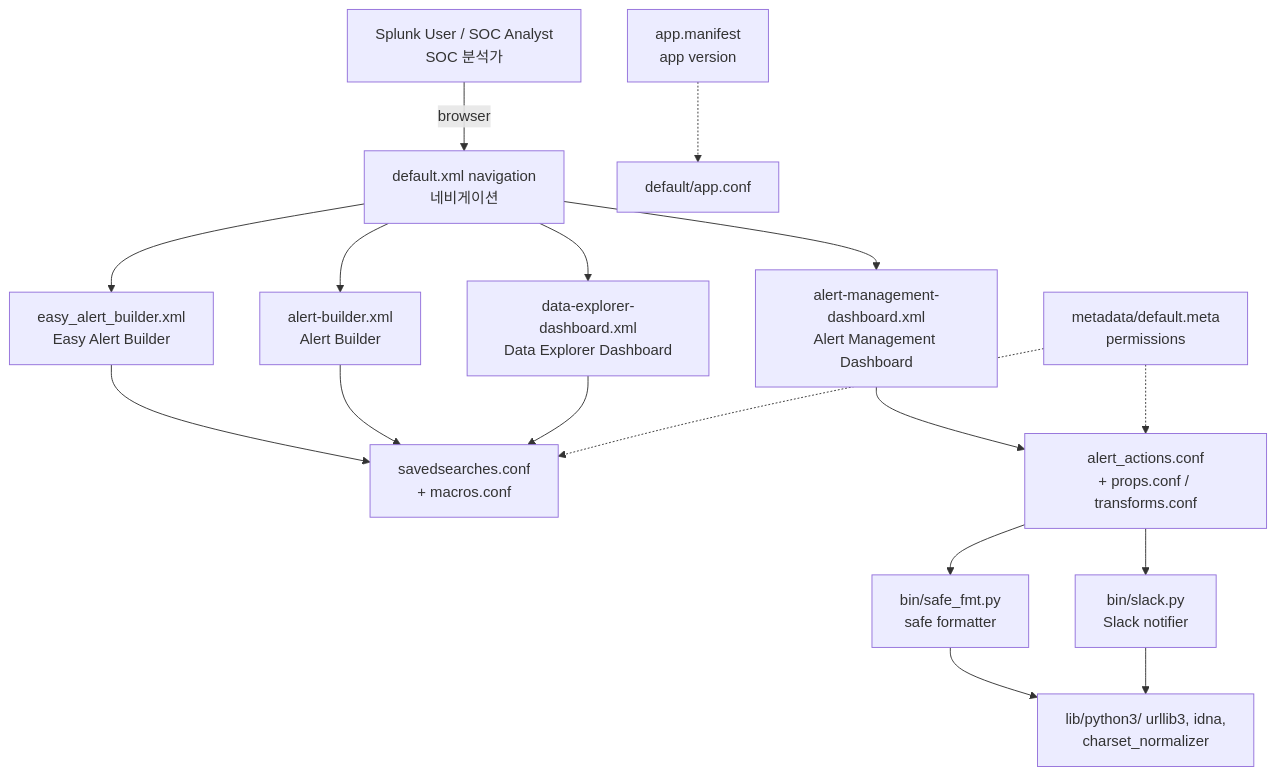
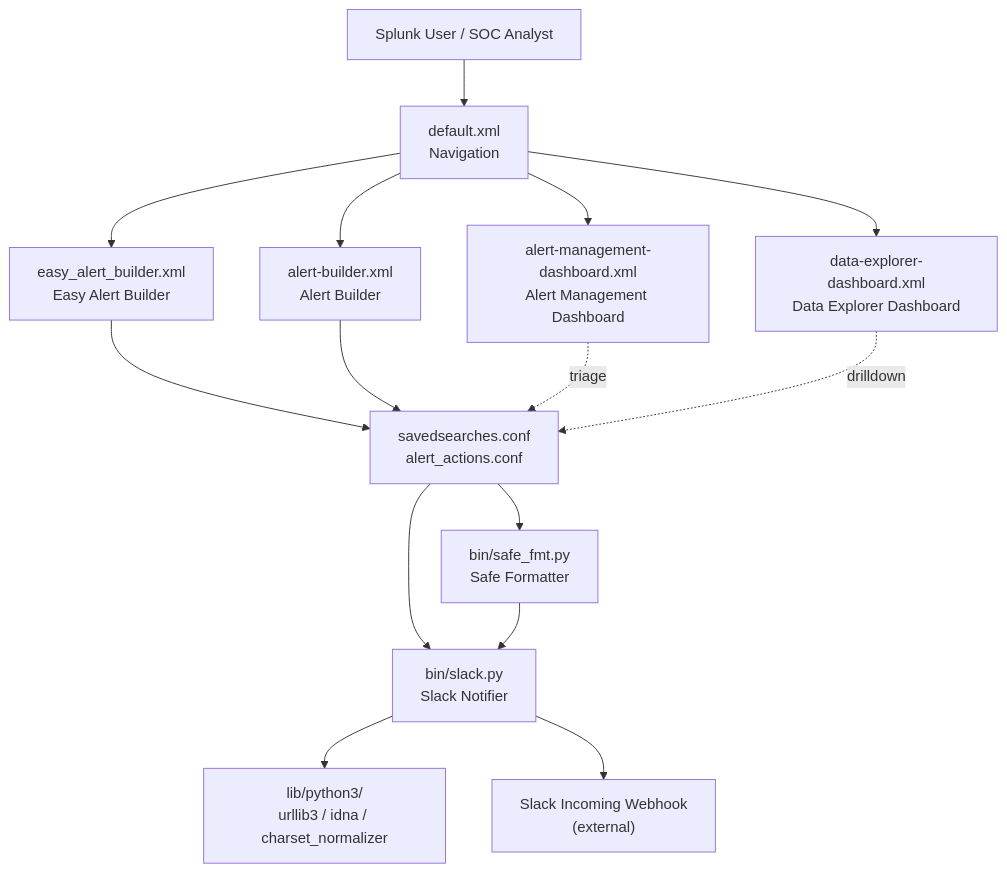
The diagram in README.md (jclee941/splunk), drawn with Mermaid before and after one commit. The commit also changed other lines of this file, not shown here.

````diff
--- a/README.md
+++ b/README.md
@@ -65,22 +110,29 @@
 ```mermaid
 flowchart TB
-  User["Splunk User / SOC Analyst<br/>SOC 분석가"] -->|browser| Nav["default.xml navigation<br/>네비게이션"]
-  Nav --> EAB["easy_alert_builder.xml<br/>Easy Alert Builder"]
-  Nav --> AB["alert-builder.xml<br/>Alert Builder"]
-  Nav --> AMD["alert-management-dashboard.xml<br/>Alert Management Dashboard"]
-  Nav --> DX["data-explorer-dashboard.xml<br/>Data Explorer Dashboard"]
+    User["Splunk User / SOC Analyst"]
+    Nav["default.xml<br/>Navigation"]
+    Easy["easy_alert_builder.xml<br/>Easy Alert Builder"]
+    Builder["alert-builder.xml<br/>Alert Builder"]
+    Mgmt["alert-management-dashboard.xml<br/>Alert Management Dashboard"]
+    Data["data-explorer-dashboard.xml<br/>Data Explorer Dashboard"]
+    Searches["savedsearches.conf<br/>alert_actions.conf"]
+    Safe["bin/safe_fmt.py<br/>Safe Formatter"]
+    Slack["bin/slack.py<br/>Slack Notifier"]
+    Runtime["lib/python3/<br/>urllib3 / idna / charset_normalizer"]
+    Webhook["Slack Incoming Webhook<br/>(external)"]
 
-  EAB --> SS["savedsearches.conf<br/>+ macros.conf"]
-  AB --> SS
-  AMD --> AA["alert_actions.conf<br/>+ props.conf / transforms.conf"]
-  DX --> SS
-
-  AA --> Safe["bin/safe_fmt.py<br/>safe formatter"]
-  AA --> Slack["bin/slack.py<br/>Slack notifier"]
-  Safe --> Py["lib/python3/ urllib3, idna,<br/>charset_normalizer"]
-  Slack --> Py
-
-  Meta["metadata/default.meta<br/>permissions"] -.-> SS
-  Meta -.-> AA
-  Manifest["app.manifest<br/>app version"] -.-> AppConf["default/app.conf"]
+    User --> Nav
+    Nav --> Easy
+    Nav --> Builder
+    Nav --> Mgmt
+    Nav --> Data
+    Easy --> Searches
+    Builder --> Searches
+    Searches --> Safe
+    Searches --> Slack
+    Safe --> Slack
+    Slack --> Runtime
+    Slack --> Webhook
+    Mgmt -.triage.-> Searches
+    Data -.drilldown.-> Searches
 ```
````
